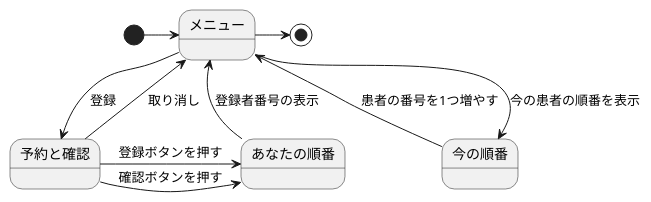
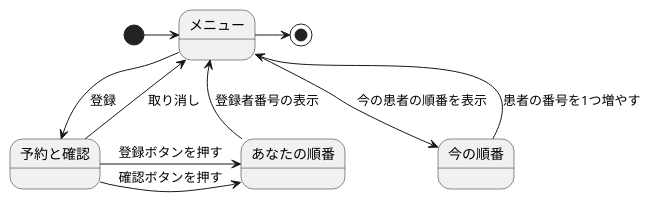
Before and after one commit to Nshikawakazuki/uml-intr: the diagram in 演習6-3_ステートマシン図_診察予約システム.pu, drawn with PlantUML. The commit also changed 15 other files, not shown here.

```diff
--- a/演習6-3_ステートマシン図_診察予約システム.pu
+++ b/演習6-3_ステートマシン図_診察予約システム.pu
@@ -1,12 +1,11 @@
 @startuml 診察
-
 [*] -right-> メニュー 
 メニュー --> 予約と確認 : 登録
 メニュー <-right- 予約と確認 : 取り消し 
 メニュー <-- あなたの順番 : 登録者番号の表示
 メニュー --> 今の順番 : 今の患者の順番を表示
-メニュー <-- 今の順番 : 患者の番号を1つ増やす
+メニュー <-right- 今の順番 : 患者の番号を1つ増やす
 予約と確認 -right-> あなたの順番 : 登録ボタンを押す
 予約と確認 -right-> あなたの順番 : 確認ボタンを押す
 メニュー -right-> [*] 
 @enduml
```
